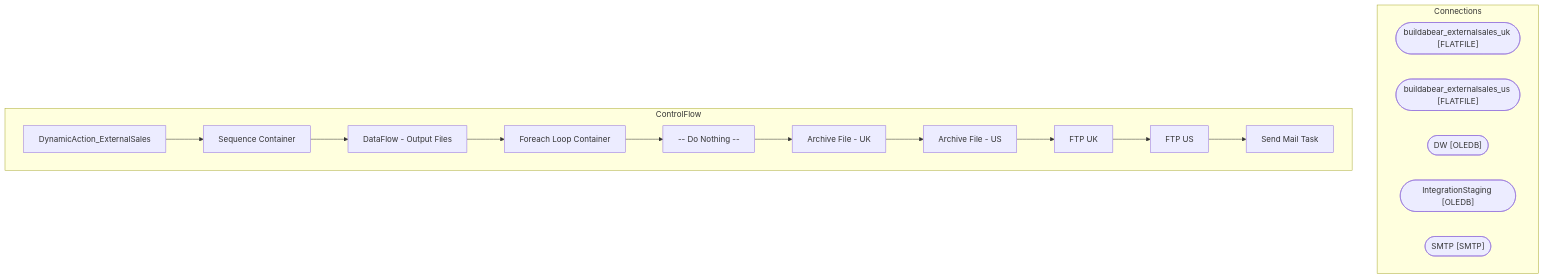
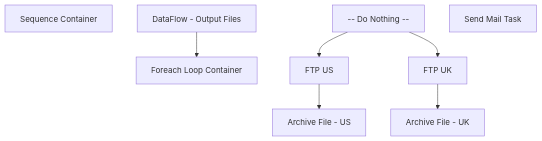
Before and after one commit to juanandresbrain/BABSkills: the diagram in bab-docs-explorer/Documentation/STL-SSIS-P-01/SSIS/WEB/DynamicAction_ExternalSales.DynamicAction_ExternalSales.md, drawn with Mermaid. The commit also changed other lines of this file and 273 other files, not shown here.

````diff
--- a/bab-docs-explorer/Documentation/STL-SSIS-P-01/SSIS/WEB/DynamicAction_ExternalSales.DynamicAction_ExternalSales.md
+++ b/bab-docs-explorer/Documentation/STL-SSIS-P-01/SSIS/WEB/DynamicAction_ExternalSales.DynamicAction_ExternalSales.md
@@ -9,31 +48,17 @@
 ```mermaid
 flowchart TD
-    subgraph Connections
-        buildabear_externalsales_uk_conn(["buildabear_externalsales_uk [FLATFILE]"])
-        buildabear_externalsales_us_conn(["buildabear_externalsales_us [FLATFILE]"])
-        DW_conn(["DW [OLEDB]"])
-        IntegrationStaging_conn(["IntegrationStaging [OLEDB]"])
-        SMTP_conn(["SMTP [SMTP]"])
-    end
-    subgraph ControlFlow
-        DynamicAction_ExternalSales_task["DynamicAction_ExternalSales"]
-        Sequence_Container_task["Sequence Container"]
-        DynamicAction_ExternalSales_task --> Sequence_Container_task
-        DataFlow___Output_Files_task["DataFlow - Output Files"]
-        Sequence_Container_task --> DataFlow___Output_Files_task
-        Foreach_Loop_Container_task["Foreach Loop Container"]
-        DataFlow___Output_Files_task --> Foreach_Loop_Container_task
-        ___Do_Nothing____task["-- Do Nothing --"]
-        Foreach_Loop_Container_task --> ___Do_Nothing____task
-        Archive_File___UK_task["Archive File - UK"]
-        ___Do_Nothing____task --> Archive_File___UK_task
-        Archive_File___US_task["Archive File - US"]
-        Archive_File___UK_task --> Archive_File___US_task
-        FTP_UK_task["FTP UK"]
-        Archive_File___US_task --> FTP_UK_task
-        FTP_US_task["FTP US"]
-        FTP_UK_task --> FTP_US_task
-        Send_Mail_Task_task["Send Mail Task"]
-        FTP_US_task --> Send_Mail_Task_task
-    end
+    n_Package_Sequence_Container["Sequence Container"]
+    n_Package_Sequence_Container_DataFlow___Output_Files["DataFlow - Output Files"]
+    n_Package_Sequence_Container_Foreach_Loop_Container["Foreach Loop Container"]
+    n_Package_Sequence_Container_Foreach_Loop_Container____Do_Nothing___["-- Do Nothing --"]
+    n_Package_Sequence_Container_Foreach_Loop_Container_Archive_File___UK["Archive File - UK"]
+    n_Package_Sequence_Container_Foreach_Loop_Container_Archive_File___US["Archive File - US"]
+    n_Package_Sequence_Container_Foreach_Loop_Container_FTP_UK["FTP UK"]
+    n_Package_Sequence_Container_Foreach_Loop_Container_FTP_US["FTP US"]
+    n_Package_EventHandlers_OnError__Send_Mail_Task["Send Mail Task"]
+    n_Package_Sequence_Container_Foreach_Loop_Container_FTP_US --> n_Package_Sequence_Container_Foreach_Loop_Container_Archive_File___US
+    n_Package_Sequence_Container_Foreach_Loop_Container____Do_Nothing___ --> n_Package_Sequence_Container_Foreach_Loop_Container_FTP_US
+    n_Package_Sequence_Container_Foreach_Loop_Container____Do_Nothing___ --> n_Package_Sequence_Container_Foreach_Loop_Container_FTP_UK
+    n_Package_Sequence_Container_Foreach_Loop_Container_FTP_UK --> n_Package_Sequence_Container_Foreach_Loop_Container_Archive_File___UK
+    n_Package_Sequence_Container_DataFlow___Output_Files --> n_Package_Sequence_Container_Foreach_Loop_Container
 ```
````
